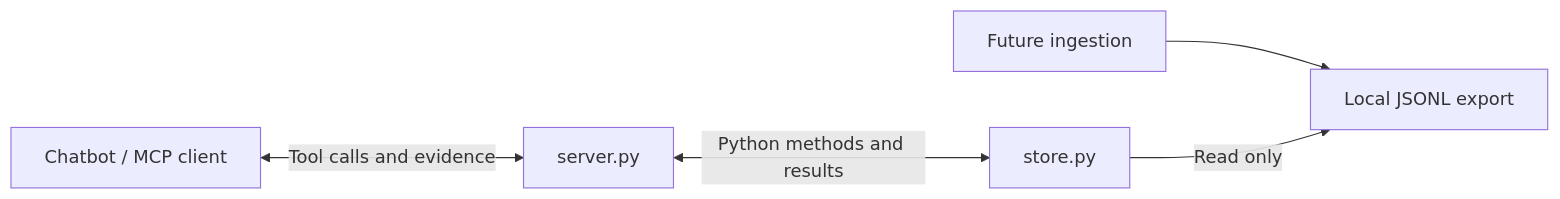
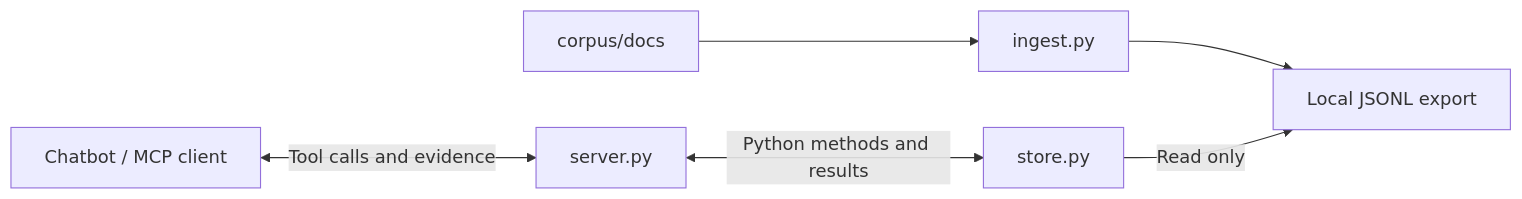
One commit to Cambrian-Systems/RAG-Symposium changed the diagram in README.md. Above: the diagram before and after it, drawn with Mermaid. The commit also changed other lines of this file and 10 other files, not shown here.

First line of the commit message:
Add corpus ingestion and fix search excerpts

````diff
--- a/README.md
+++ b/README.md
@@ -63,7 +75,8 @@
 ```mermaid
 flowchart LR
-    I[Future ingestion] --> D[Local JSONL export]
+    K[corpus/docs] --> I[ingest.py]
+    I --> D[Local JSONL export]
     C[Chatbot / MCP client] <-->|Tool calls and evidence| S[server.py]
     S <-->|Python methods and results| R[store.py]
     R -->|Read only| D
 ```
````
